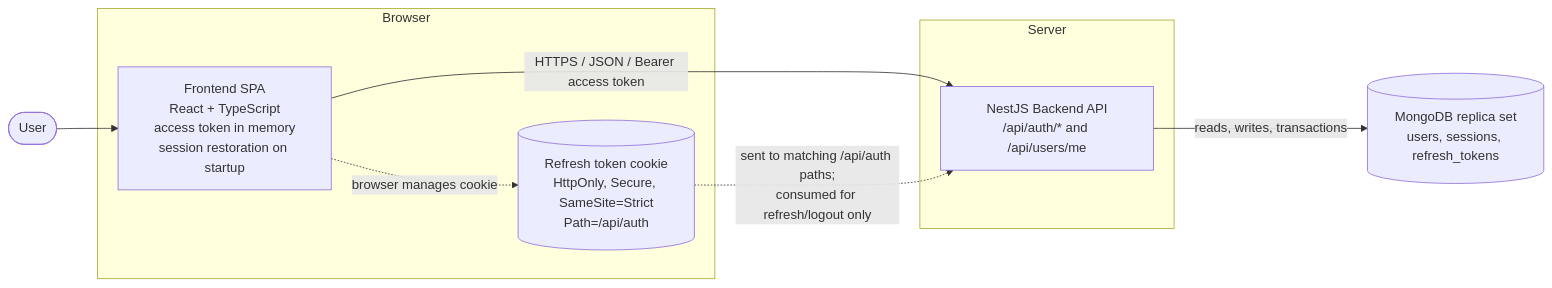
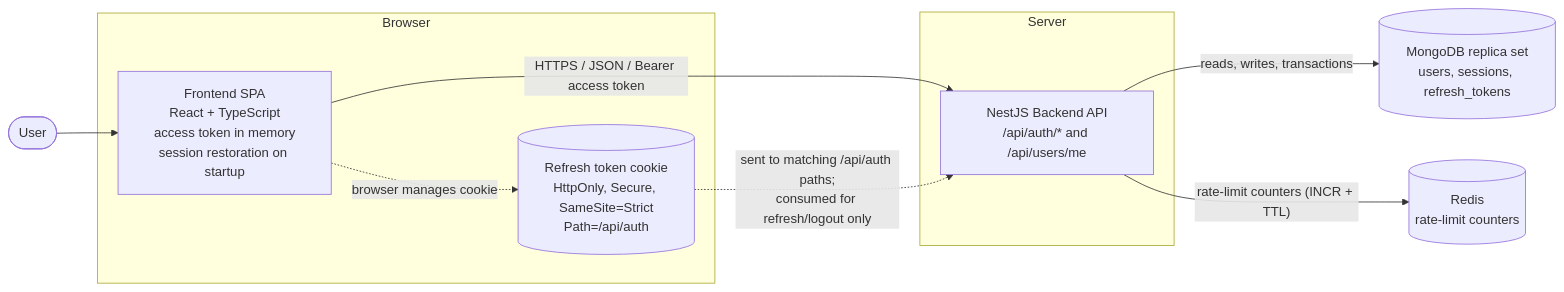
Before and after one commit to Rowan-habashy/easyGenerator-auth: the diagram in docs/architecture/c2-container.md, drawn with Mermaid. The commit also changed other lines of this file and 53 other files, not shown here.

````diff
--- a/docs/architecture/c2-container.md
+++ b/docs/architecture/c2-container.md
@@ -3,21 +3,23 @@
 ```mermaid
 flowchart LR
     U([User])
 
     subgraph Browser
         F["Frontend SPA<br/>React + TypeScript<br/>access token in memory<br/>session restoration on startup"]
         C[("Refresh token cookie<br/>HttpOnly, Secure, SameSite=Strict<br/>Path=/api/auth")]
     end
 
     subgraph Server
         B["NestJS Backend API<br/>/api/auth/* and /api/users/me"]
     end
 
     D[("MongoDB replica set<br/>users, sessions, refresh_tokens")]
+    R[("Redis<br/>rate-limit counters")]
 
     U --> F
     F -- "HTTPS / JSON / Bearer access token" --> B
     F -. "browser manages cookie" .-> C
     C -. "sent to matching /api/auth paths;<br/>consumed for refresh/logout only" .-> B
     B -- "reads, writes, transactions" --> D
+    B -- "rate-limit counters (INCR + TTL)" --> R
 ```
````
